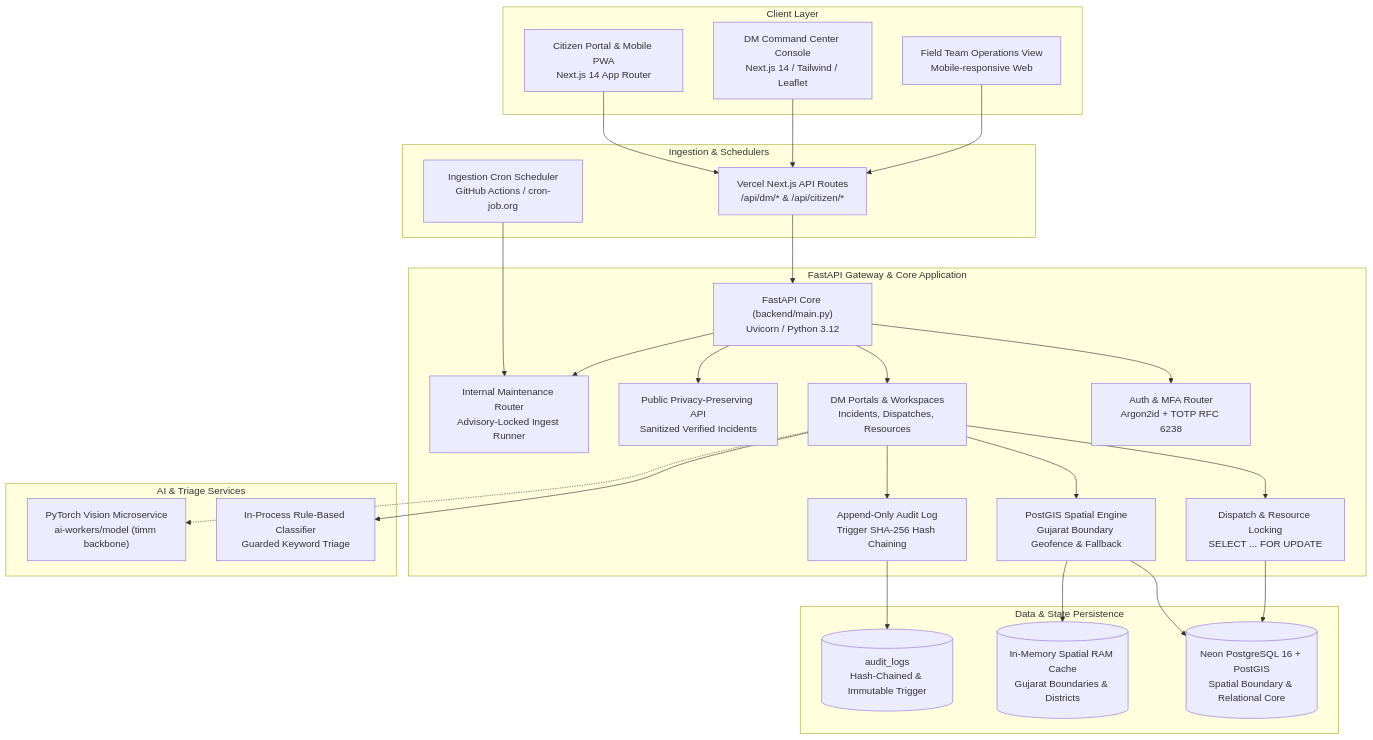
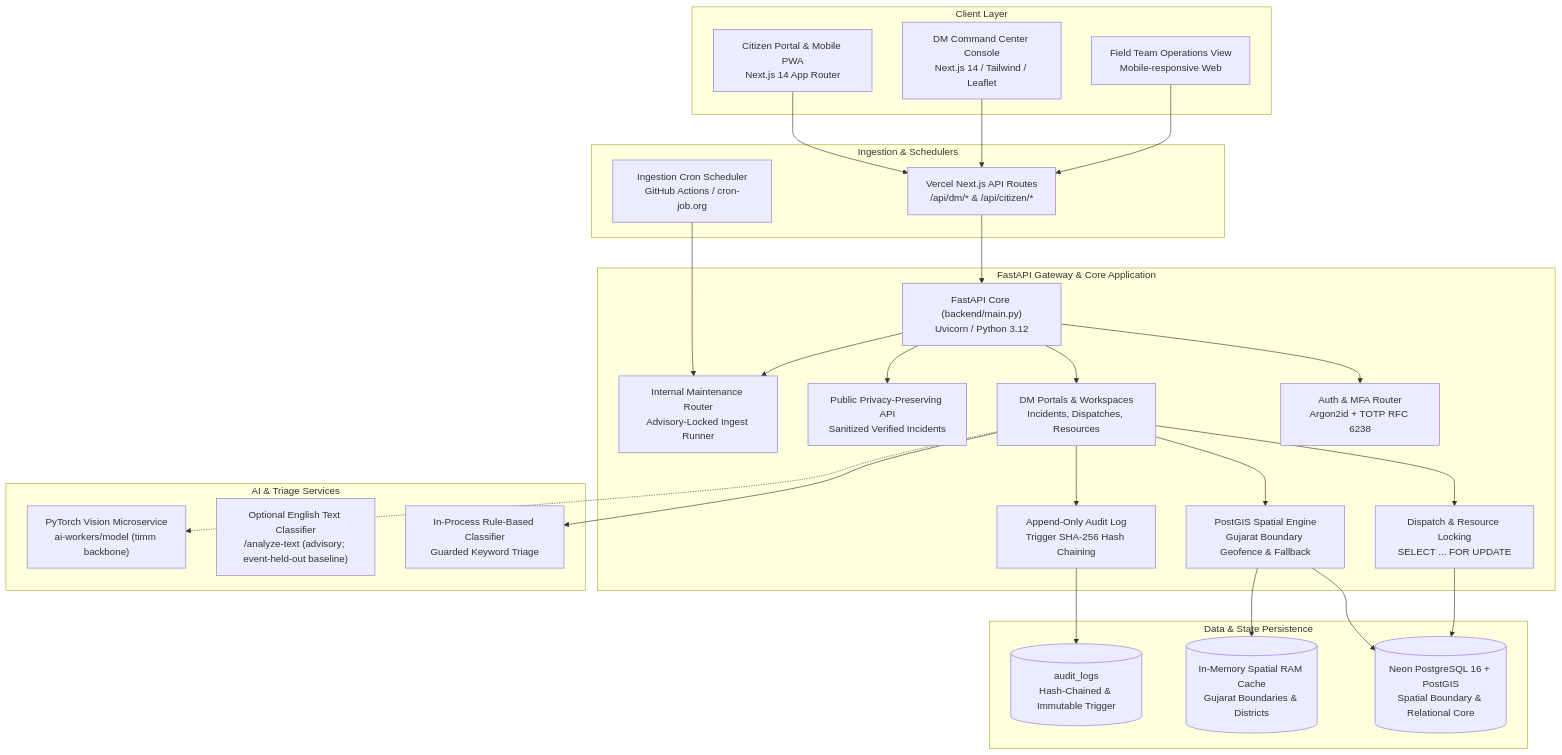
Before and after one commit to RudraBhat/IT314_Software_Project: the diagram in docs/ARCHITECTURE.md, drawn with Mermaid. The commit also changed other lines of this file and 21 other files, not shown here.

Commit message:
feat(ai): add English crisis text analysis v1

````diff
--- a/docs/ARCHITECTURE.md
+++ b/docs/ARCHITECTURE.md
@@ -22,57 +22,58 @@
 ```mermaid
 flowchart TD
     subgraph Clients["Client Layer"]
         CitizenUI["Citizen Portal & Mobile PWA<br/>Next.js 14 App Router"]
         DispatcherUI["DM Command Center Console<br/>Next.js 14 / Tailwind / Leaflet"]
         FieldUI["Field Team Operations View<br/>Mobile-responsive Web"]
     end
 
     subgraph Edge["Ingestion & Schedulers"]
         CronIngest["Ingestion Cron Scheduler<br/>GitHub Actions / cron-job.org"]
         VercelProxy["Vercel Next.js API Routes<br/>/api/dm/* & /api/citizen/*"]
     end
 
     subgraph BackendGateway["FastAPI Gateway & Core Application"]
         MainApp["FastAPI Core (backend/main.py)<br/>Uvicorn / Python 3.12"]
         AuthRouter["Auth & MFA Router<br/>Argon2id + TOTP RFC 6238"]
         DMRouters["DM Portals & Workspaces<br/>Incidents, Dispatches, Resources"]
         PublicRouter["Public Privacy-Preserving API<br/>Sanitized Verified Incidents"]
         InternalRouter["Internal Maintenance Router<br/>Advisory-Locked Ingest Runner"]
         GeoService["PostGIS Spatial Engine<br/>Gujarat Boundary Geofence & Fallback"]
         AuditService["Append-Only Audit Log<br/>Trigger SHA-256 Hash Chaining"]
         DispatchService["Dispatch & Resource Locking<br/>SELECT ... FOR UPDATE"]
     end
 
     subgraph DataStorage["Data & State Persistence"]
         NeonDB[("Neon PostgreSQL 16 + PostGIS<br/>Spatial Boundary & Relational Core")]
         AuditTable[("audit_logs<br/>Hash-Chained & Immutable Trigger")]
         InMemCache[("In-Memory Spatial RAM Cache<br/>Gujarat Boundaries & Districts")]
     end
 
     subgraph AIService["AI & Triage Services"]
         InProcessAI["In-Process Rule-Based Classifier<br/>Guarded Keyword Triage"]
+        TextAI["Optional English Text Classifier<br/>/analyze-text (advisory; event-held-out baseline)"]
         VisionAI["PyTorch Vision Microservice<br/>ai-workers/model (timm backbone)"]
     end
 
     CitizenUI --> VercelProxy
     DispatcherUI --> VercelProxy
     FieldUI --> VercelProxy
     VercelProxy --> MainApp
     CronIngest --> InternalRouter
 
     MainApp --> AuthRouter
     MainApp --> DMRouters
     MainApp --> PublicRouter
     MainApp --> InternalRouter
 
     DMRouters --> DispatchService
     DMRouters --> GeoService
     DMRouters --> AuditService
     DMRouters --> InProcessAI
 
     DispatchService --> NeonDB
     GeoService --> NeonDB
     GeoService --> InMemCache
     AuditService --> AuditTable
     DMRouters -.-> VisionAI
 ```
````
